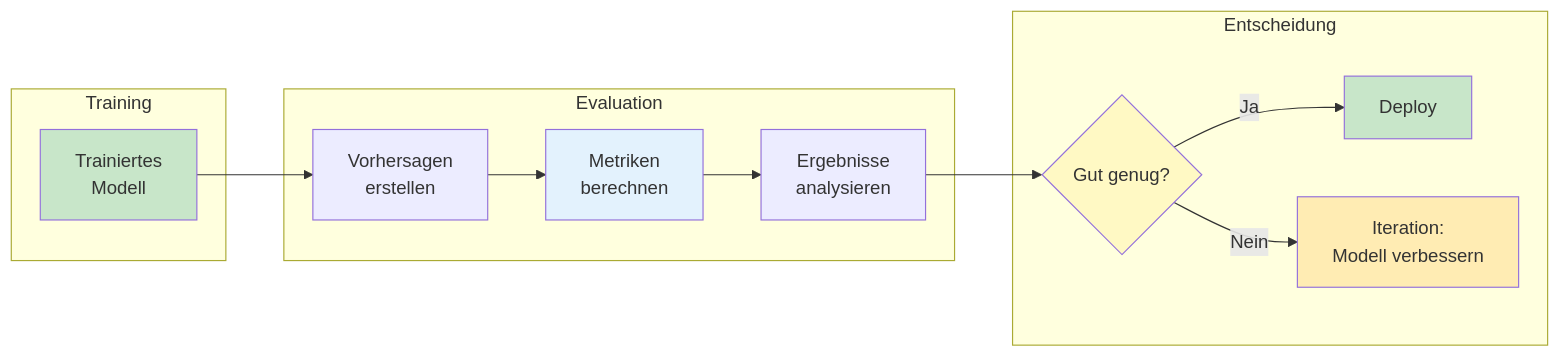
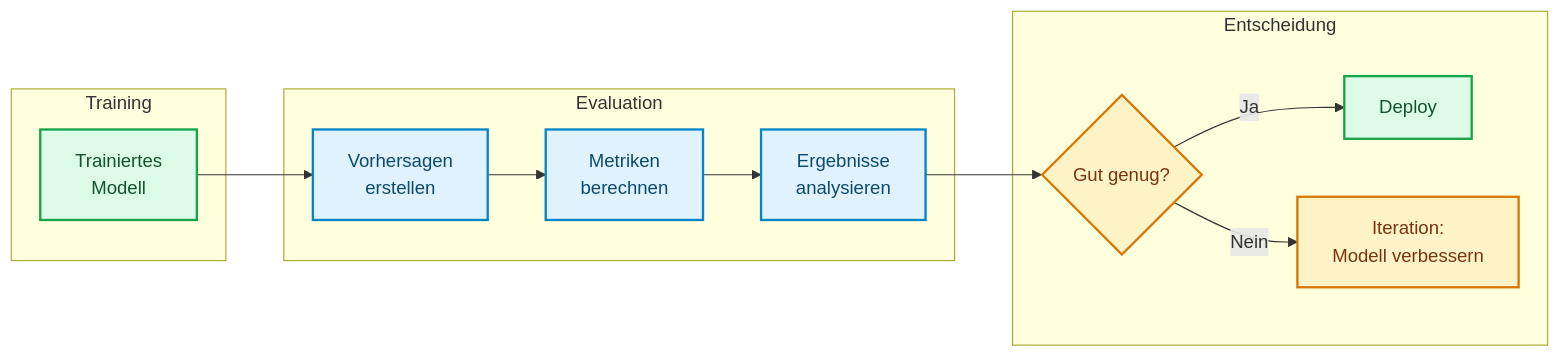
The first of 3 diagrams in docs/concepts/evaluate/bewertung_allgemein.md (ralf-42/ML_Intro), drawn with Mermaid before and after one commit. The commit also changed other lines of this file and 67 other files, not shown here.

````diff
--- a/docs/concepts/evaluate/bewertung_allgemein.md
+++ b/docs/concepts/evaluate/bewertung_allgemein.md
@@ -30,24 +30,24 @@
 ```mermaid
 flowchart LR
     subgraph training["Training"]
         T["Trainiertes<br/>Modell"]
     end
     
     subgraph evaluation["Evaluation"]
         T --> P["Vorhersagen<br/>erstellen"]
         P --> M["Metriken<br/>berechnen"]
         M --> A["Ergebnisse<br/>analysieren"]
     end
     
     subgraph decision["Entscheidung"]
         A --> Q{"Gut genug?"}
         Q -->|Ja| D["Deploy"]
         Q -->|Nein| I["Iteration:<br/>Modell verbessern"]
     end
-    
-    style T fill:#c8e6c9
-    style M fill:#e3f2fd
-    style Q fill:#fff9c4
-    style D fill:#c8e6c9
-    style I fill:#ffecb3
+
+    classDef default fill:#e0f2fe,stroke:#0284c7,stroke-width:2px,color:#0c4a6e;
+    classDef metric fill:#fef3c7,stroke:#d97706,stroke-width:2px,color:#78350f;
+    classDef output fill:#dcfce7,stroke:#16a34a,stroke-width:2px,color:#14532d;
+    class Q,I metric;
+    class T,D output;
 ```
````
